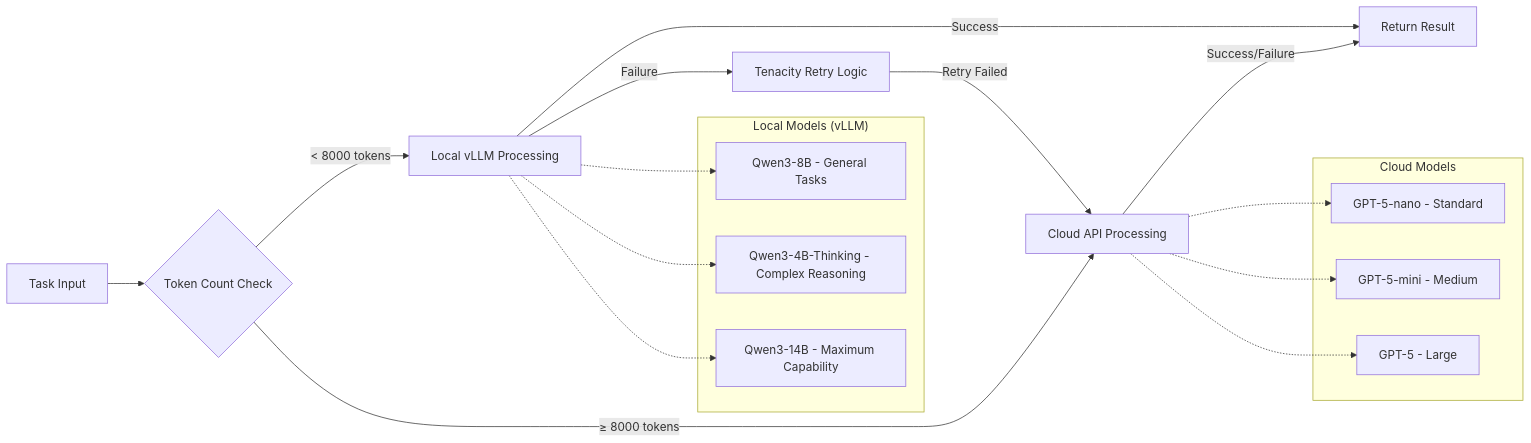
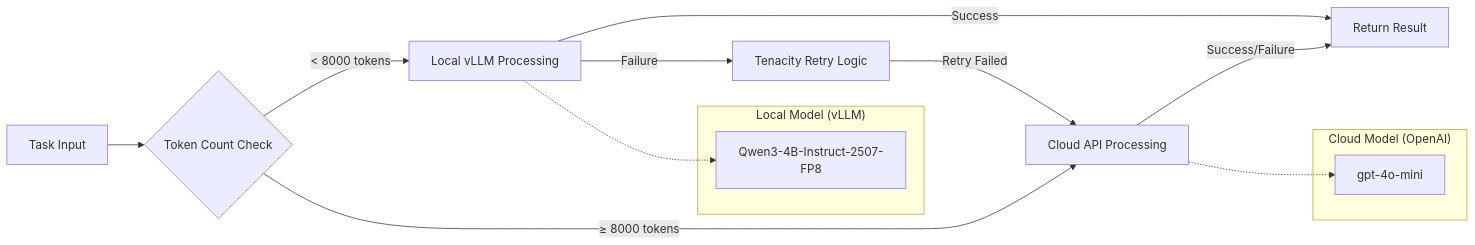
One commit to BjornMelin/ai-job-scraper changed the first of 2 diagrams in docs/adrs/ADR-006-hybrid-strategy.md. Above: the diagram before and after it, drawn with Mermaid. The commit also changed other lines of this file and 5 other files, not shown here.

First line of the commit message:
docs: simplify llm strategy to single local model with cloud fallback

````diff
--- a/docs/adrs/ADR-006-hybrid-strategy.md
+++ b/docs/adrs/ADR-006-hybrid-strategy.md
@@ -116,29 +116,21 @@
 ```mermaid
 graph LR
     A[Task Input] --> B{Token Count Check}
     B -->|< 8000 tokens| C[Local vLLM Processing]
     B -->|≥ 8000 tokens| D[Cloud API Processing]
     C -->|Success| E[Return Result]
     C -->|Failure| F[Tenacity Retry Logic]
     F -->|Retry Failed| D
     D -->|Success/Failure| E
     
-    subgraph "Local Models (vLLM)"
-        G[Qwen3-8B - General Tasks]
-        H[Qwen3-4B-Thinking - Complex Reasoning]
-        I[Qwen3-14B - Maximum Capability]
+    subgraph "Local Model (vLLM)"
+        G[Qwen3-4B-Instruct-2507-FP8]
     end
     
-    subgraph "Cloud Models"
-        J[GPT-5-nano - Standard]
-        K[GPT-5-mini - Medium]
-        L[GPT-5 - Large]
+    subgraph "Cloud Model (OpenAI)"
+        H[gpt-4o-mini]
     end
     
     C -.-> G
-    C -.-> H  
-    C -.-> I
-    D -.-> J
-    D -.-> K
-    D -.-> L
+    D -.-> H
 ```
````
